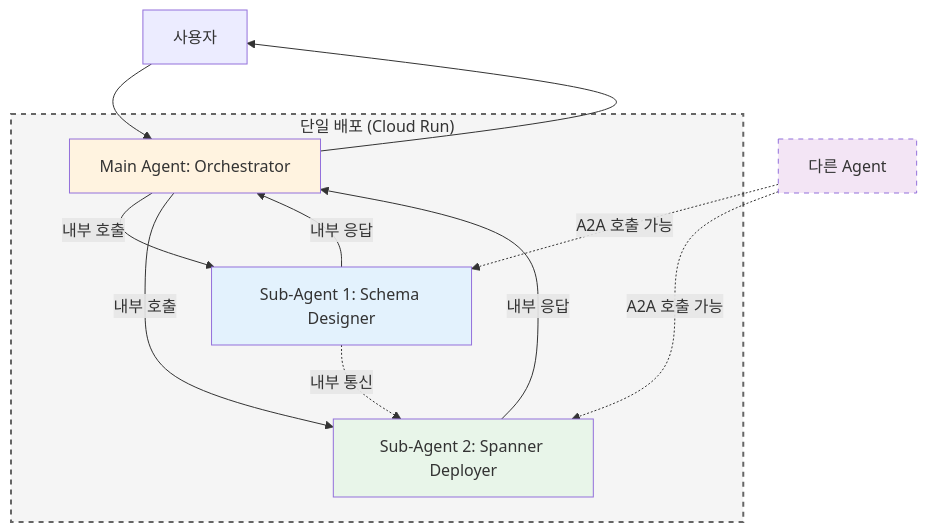
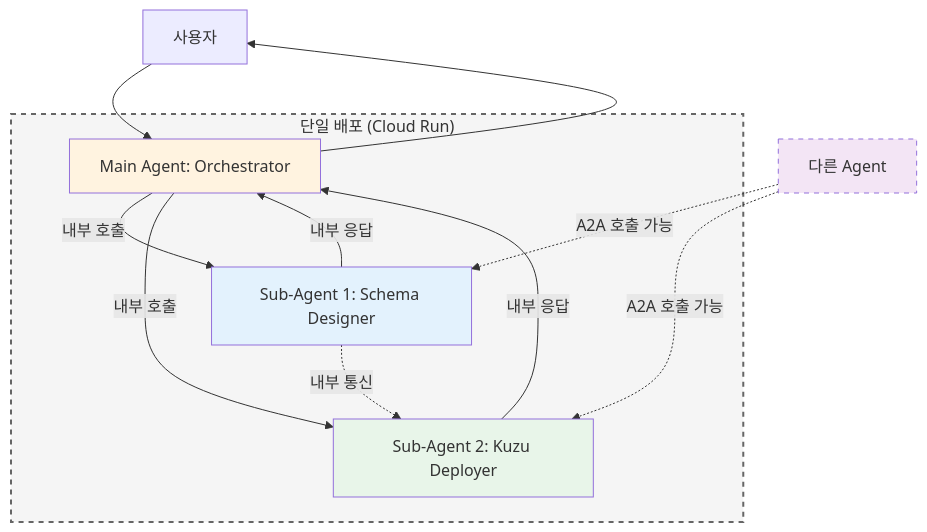
One commit to javalove93/202602g_GDG_Build_with_AI changed the first of 2 diagrams in docs/Graph_Designer_ADK_Agent_Implementation_Plan.md. Above: the diagram before and after it, drawn with Mermaid. The commit also changed other lines of this file and 14 other files, not shown here.

Commit message:
feat: Migrate Spanner Graph to local Kuzu DB and setup ADK agent

````diff
--- a/docs/Graph_Designer_ADK_Agent_Implementation_Plan.md
+++ b/docs/Graph_Designer_ADK_Agent_Implementation_Plan.md
@@ -67,25 +67,25 @@
 ```mermaid
 graph TB
     User[사용자] --> MainAgent[Main Agent: Orchestrator]
     
     subgraph SingleDeployment["단일 배포 (Cloud Run)"]
         MainAgent -->|내부 호출| SubAgent1[Sub-Agent 1: Schema Designer]
         SubAgent1 -->|내부 응답| MainAgent
         
-        MainAgent -->|내부 호출| SubAgent2[Sub-Agent 2: Spanner Deployer]
+        MainAgent -->|내부 호출| SubAgent2[Sub-Agent 2: Kuzu Deployer]
         SubAgent2 -->|내부 응답| MainAgent
         
         SubAgent1 -.->|내부 통신| SubAgent2
     end
     
     MainAgent --> User
     
     OtherAgent[다른 Agent] -.->|A2A 호출 가능| SubAgent1
     OtherAgent -.->|A2A 호출 가능| SubAgent2
     
     style MainAgent fill:#FFF3E0
     style SubAgent1 fill:#E3F2FD
     style SubAgent2 fill:#E8F5E9
     style SingleDeployment fill:#F5F5F5,stroke:#666,stroke-width:2px,stroke-dasharray: 5 5
     style OtherAgent fill:#F3E5F5,stroke-dasharray: 5 5
 ```
````
